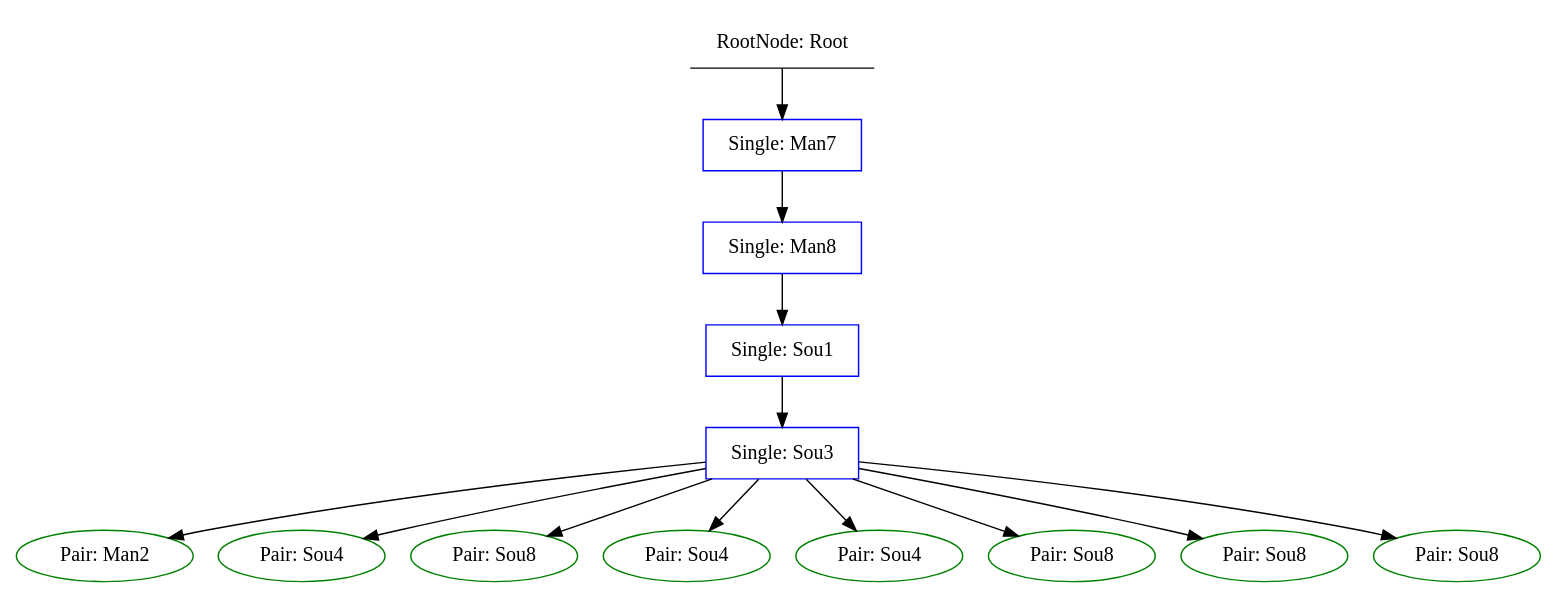
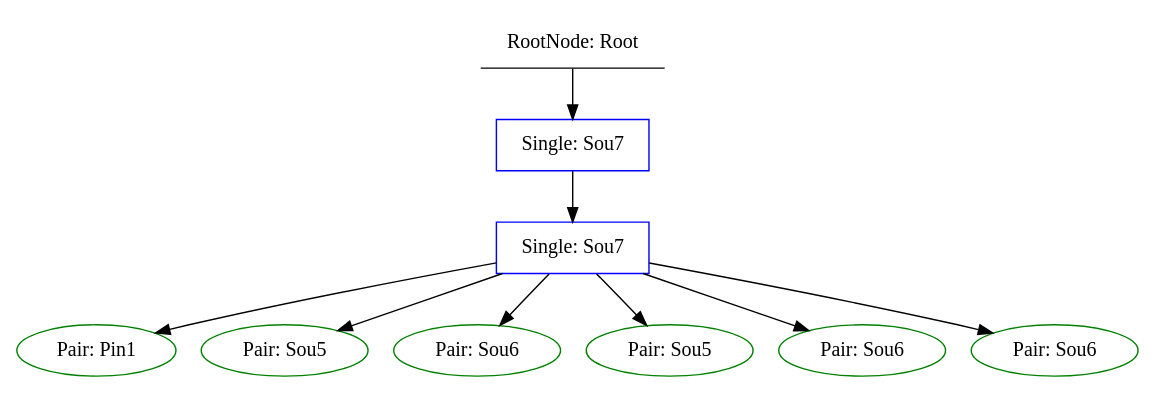
Before and after one commit to realliance/RiichiRoyale: the diagram in tools/graphHandTree/hand.gv, drawn with Graphviz. The commit also changed 13 other files, not shown here.

```diff
--- a/tools/graphHandTree/hand.gv
+++ b/tools/graphHandTree/hand.gv
@@ -1,28 +1,20 @@
 digraph {
   0 [label="RootNode: Root",shape=underline,color=black];
-  1 [label="Single: Man7",shape=box,color=blue];
-  2 [label="Single: Man8",shape=box,color=blue];
-  3 [label="Single: Sou1",shape=box,color=blue];
-  4 [label="Single: Sou3",shape=box,color=blue];
-  5 [label="Pair: Man2",shape=oval,color=green];
-  6 [label="Pair: Sou4",shape=oval,color=green];
-  7 [label="Pair: Sou8",shape=oval,color=green];
-  8 [label="Pair: Sou4",shape=oval,color=green];
-  9 [label="Pair: Sou4",shape=oval,color=green];
-  10 [label="Pair: Sou8",shape=oval,color=green];
-  11 [label="Pair: Sou8",shape=oval,color=green];
-  12 [label="Pair: Sou8",shape=oval,color=green];
+  1 [label="Single: Sou7",shape=box,color=blue];
+  2 [label="Single: Sou7",shape=box,color=blue];
+  3 [label="Pair: Pin1",shape=oval,color=green];
+  4 [label="Pair: Sou5",shape=oval,color=green];
+  5 [label="Pair: Sou6",shape=oval,color=green];
+  6 [label="Pair: Sou5",shape=oval,color=green];
+  7 [label="Pair: Sou6",shape=oval,color=green];
+  8 [label="Pair: Sou6",shape=oval,color=green];
 
   0 -> 1;
   1 -> 2;
   2 -> 3;
-  3 -> 4;
-  4 -> 5;
-  4 -> 6;
-  4 -> 7;
-  4 -> 8;
-  4 -> 9;
-  4 -> 10;
-  4 -> 11;
-  4 -> 12;
+  2 -> 4;
+  2 -> 5;
+  2 -> 6;
+  2 -> 7;
+  2 -> 8;
 }
```
